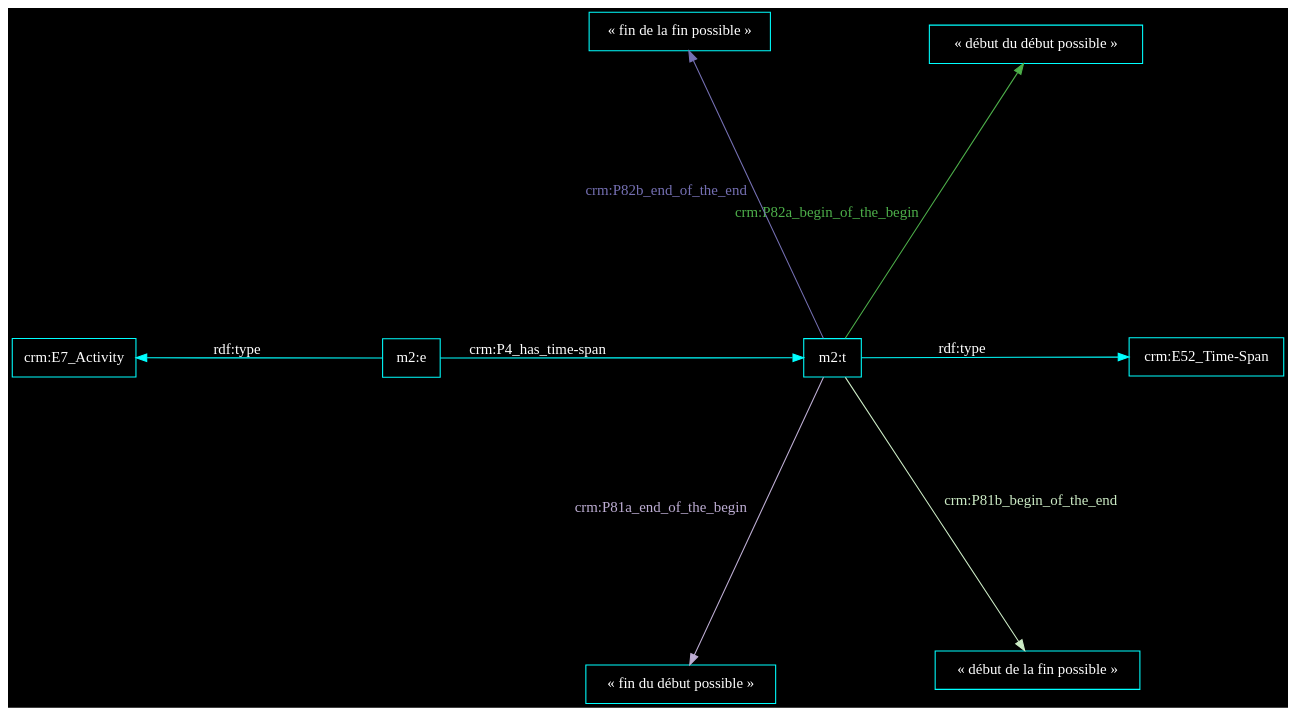
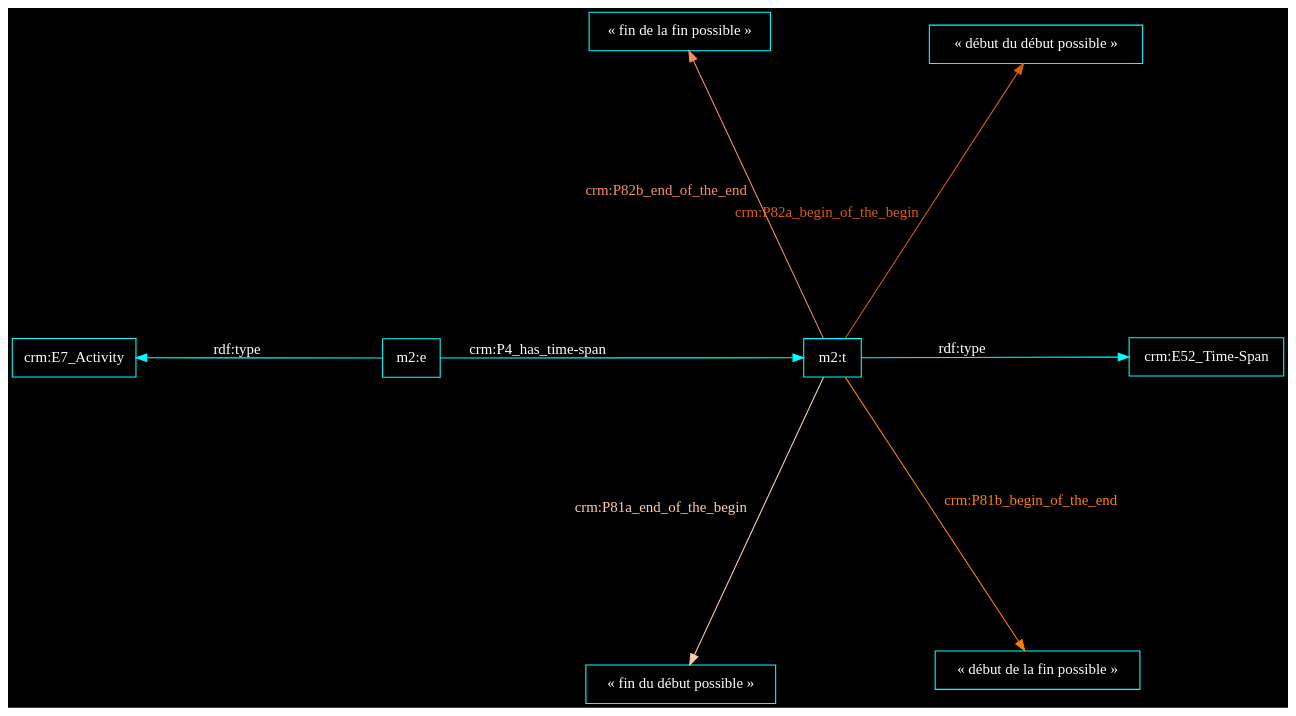
The diagram in out/2023.07.04_cm2-gt2/dotfile_58d222c0-1d75-4048-9eba-436938714889.dot (Amleth/communications), drawn with Graphviz before and after one commit. The commit also changed 12 other files, not shown here.

```diff
--- a/out/2023.07.04_cm2-gt2/dotfile_58d222c0-1d75-4048-9eba-436938714889.dot
+++ b/out/2023.07.04_cm2-gt2/dotfile_58d222c0-1d75-4048-9eba-436938714889.dot
@@ -1,18 +1,18 @@
 digraph {
     graph [bgcolor=black]
     rankdir=LR
     node [color=white,fontcolor=white,fontname="FiraCode Nerd Font Mono Regular",shape=box]
     edge [color=white,fontcolor=white,fontname="FiraCode Nerd Font Mono Regular"]
     
 
     layout=sfdp
 node [color=cyan,fontcolor=white]
 edge [color=cyan,fontcolor=white]
 "m2:t" -> "crm:E52_Time-Span" [label="rdf:type"]
-"m2:t" -> "« début du début possible »" [label="crm:P82a_begin_of_the_begin",color="#4daf4a",fontcolor="#4daf4a"]
-"m2:t" -> "« fin du début possible »" [label="crm:P81a_end_of_the_begin",color="#beaed4",fontcolor="#beaed4"]
-"m2:t" -> "« début de la fin possible »" [label="crm:P81b_begin_of_the_end",color="#ccebc5",fontcolor="#ccebc5"]
-"m2:t" -> "« fin de la fin possible »" [label="crm:P82b_end_of_the_end",color="#7570b3",fontcolor="#7570b3"]
+"m2:t" -> "« début du début possible »" [label="crm:P82a_begin_of_the_begin",color="#d95f02",fontcolor="#d95f02"]
+"m2:t" -> "« fin du début possible »" [label="crm:P81a_end_of_the_begin",color="#fdcdac",fontcolor="#fdcdac"]
+"m2:t" -> "« début de la fin possible »" [label="crm:P81b_begin_of_the_end",color="#ff7f00",fontcolor="#ff7f00"]
+"m2:t" -> "« fin de la fin possible »" [label="crm:P82b_end_of_the_end",color="#fc8d62",fontcolor="#fc8d62"]
 "m2:e" -> "m2:t" [label="crm:P4_has_time-span"]
 "m2:e" -> "crm:E7_Activity" [label="rdf:type"]
 }
```
